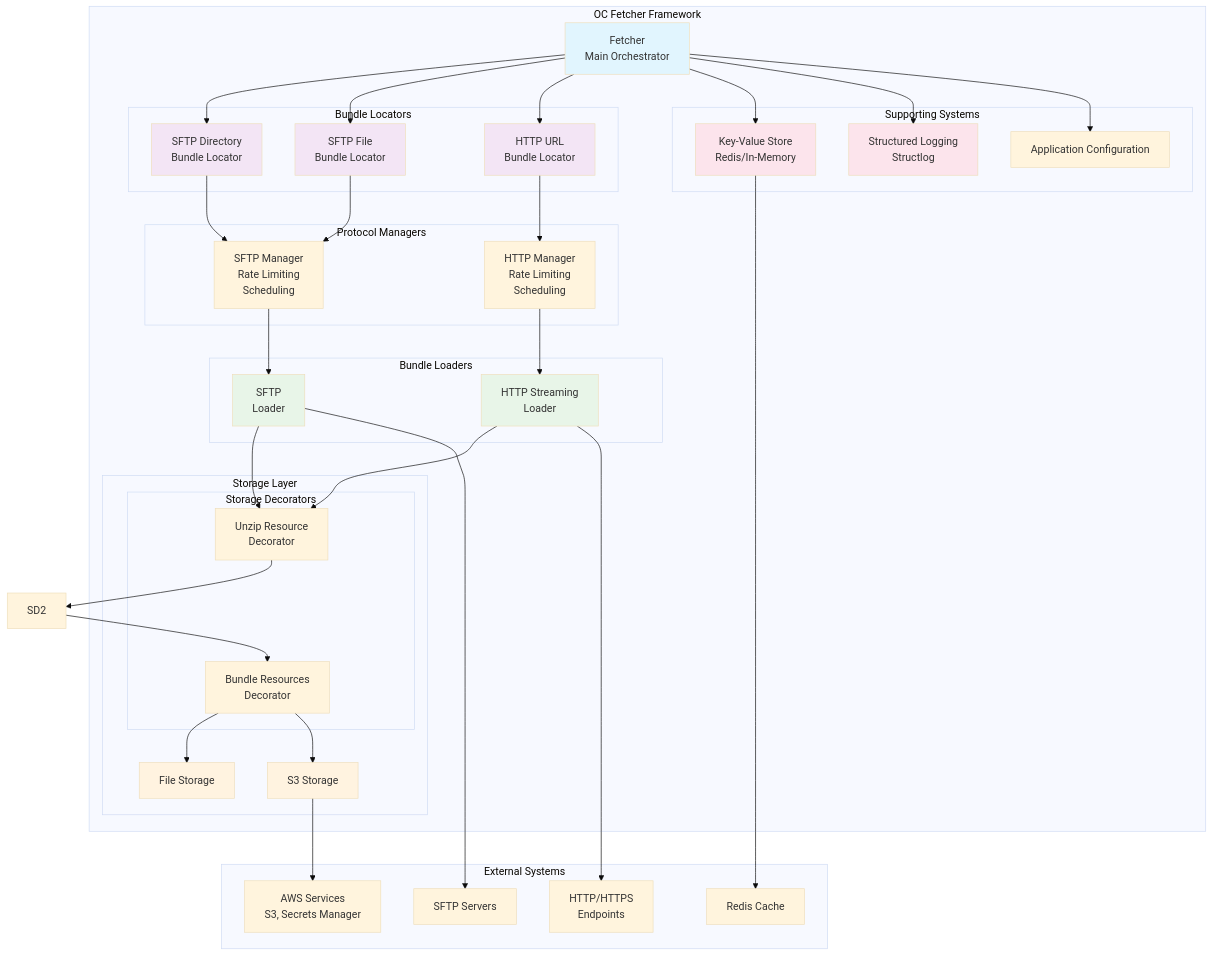
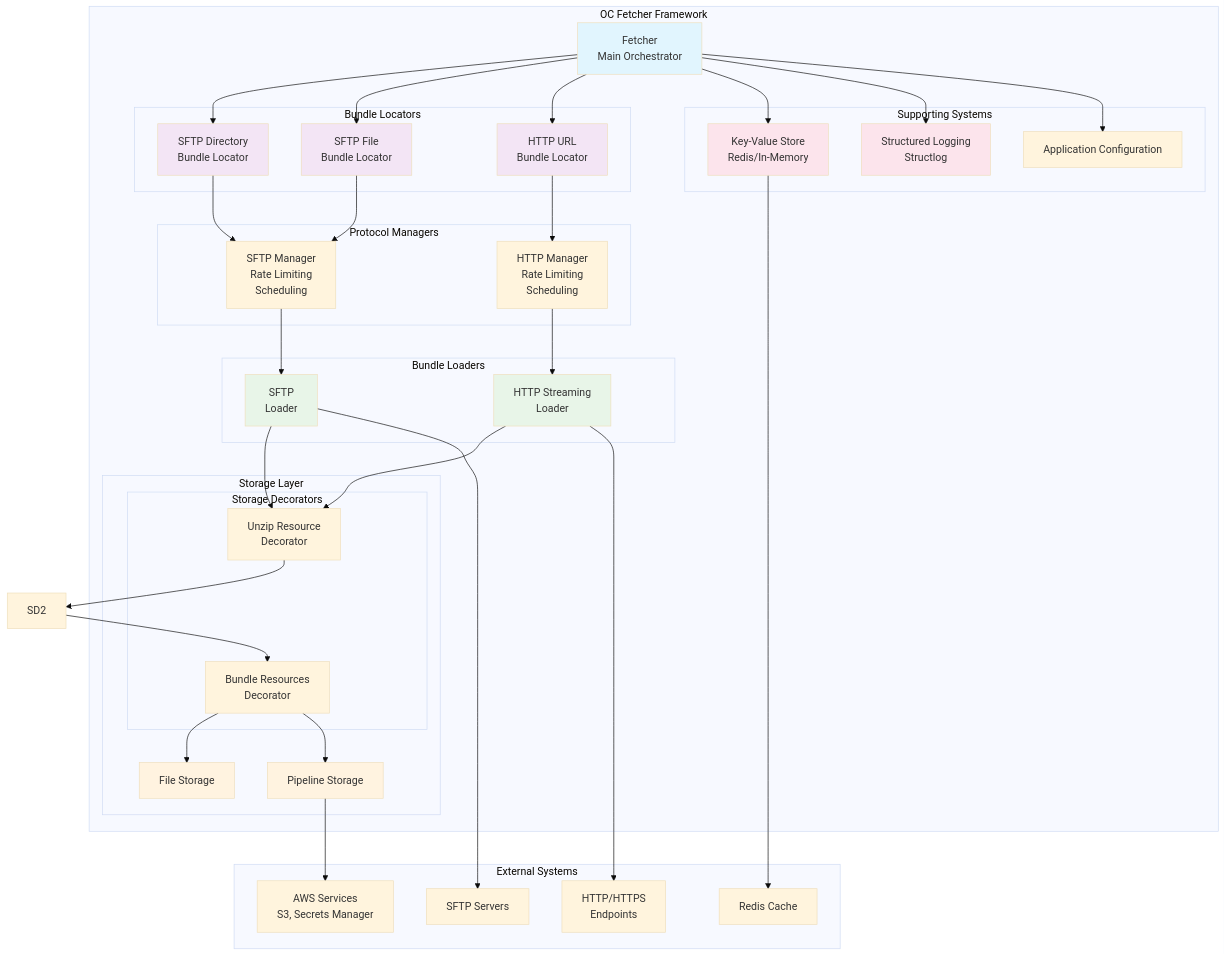
One commit to oc-ben-ellis/data-fetcher-app changed the first of 4 diagrams in docs/01_architecture/overview.md. Above: the diagram before and after it, drawn with Mermaid (base theme). The commit also changed other lines of this file and 210 other files, not shown here.

First line of the commit message:
refactor: restructure project from monolith to modular multi-package architecture

```diff
--- a/docs/01_architecture/overview.md
+++ b/docs/01_architecture/overview.md
@@ -218,7 +218,7 @@
 
         subgraph "Storage Layer"
             BS1[File Storage]
-            BS2[S3 Storage]
+            BS2[Pipeline Storage]
 
             subgraph "Storage Decorators"
                 SD1[Unzip Resource<br/>Decorator]
```
